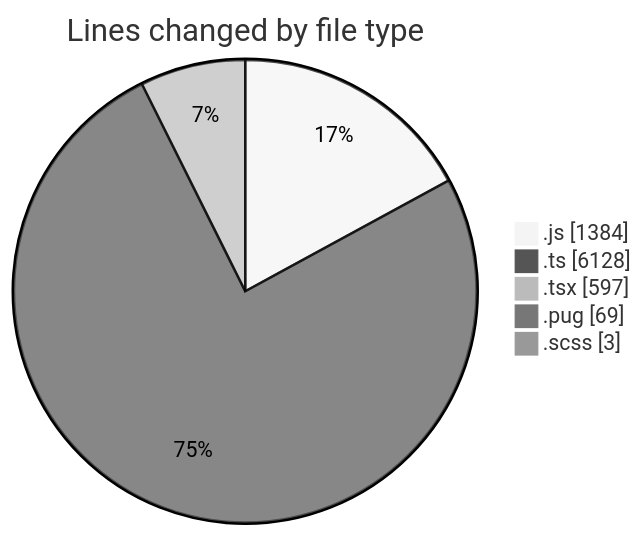
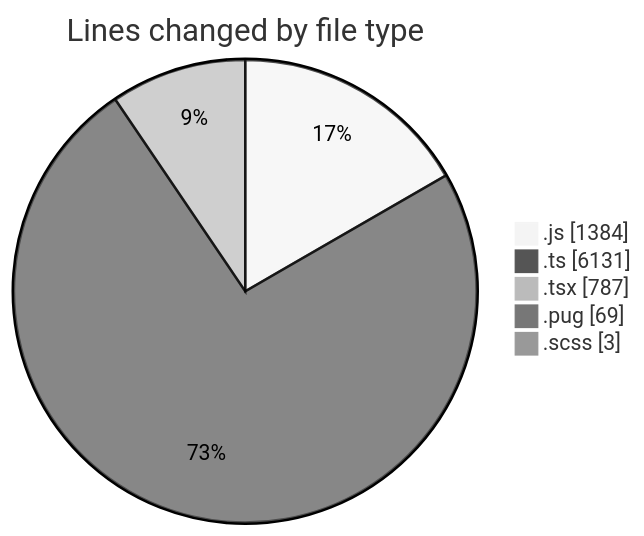
The first of 2 diagrams in 2025-03-25/cda/README.md (momahboobian/code-tracking), drawn with Mermaid (neutral theme) before and after one commit. The commit also changed other lines of this file and 1 other file, not shown here.

````diff
--- a/2025-03-25/cda/README.md
+++ b/2025-03-25/cda/README.md
@@ -34,9 +36,9 @@
 ```mermaid
 pie showData
 title Lines changed by file type
 ".js" : 1384
-".ts" : 6128
-".tsx" : 597
+".ts" : 6131
+".tsx" : 787
 ".pug" : 69
 ".scss" : 3
 ```
````
